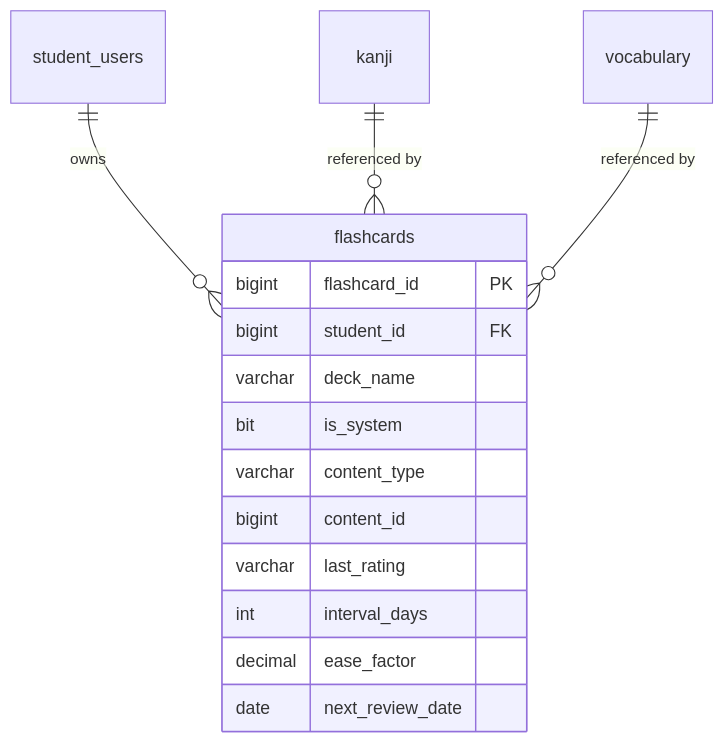
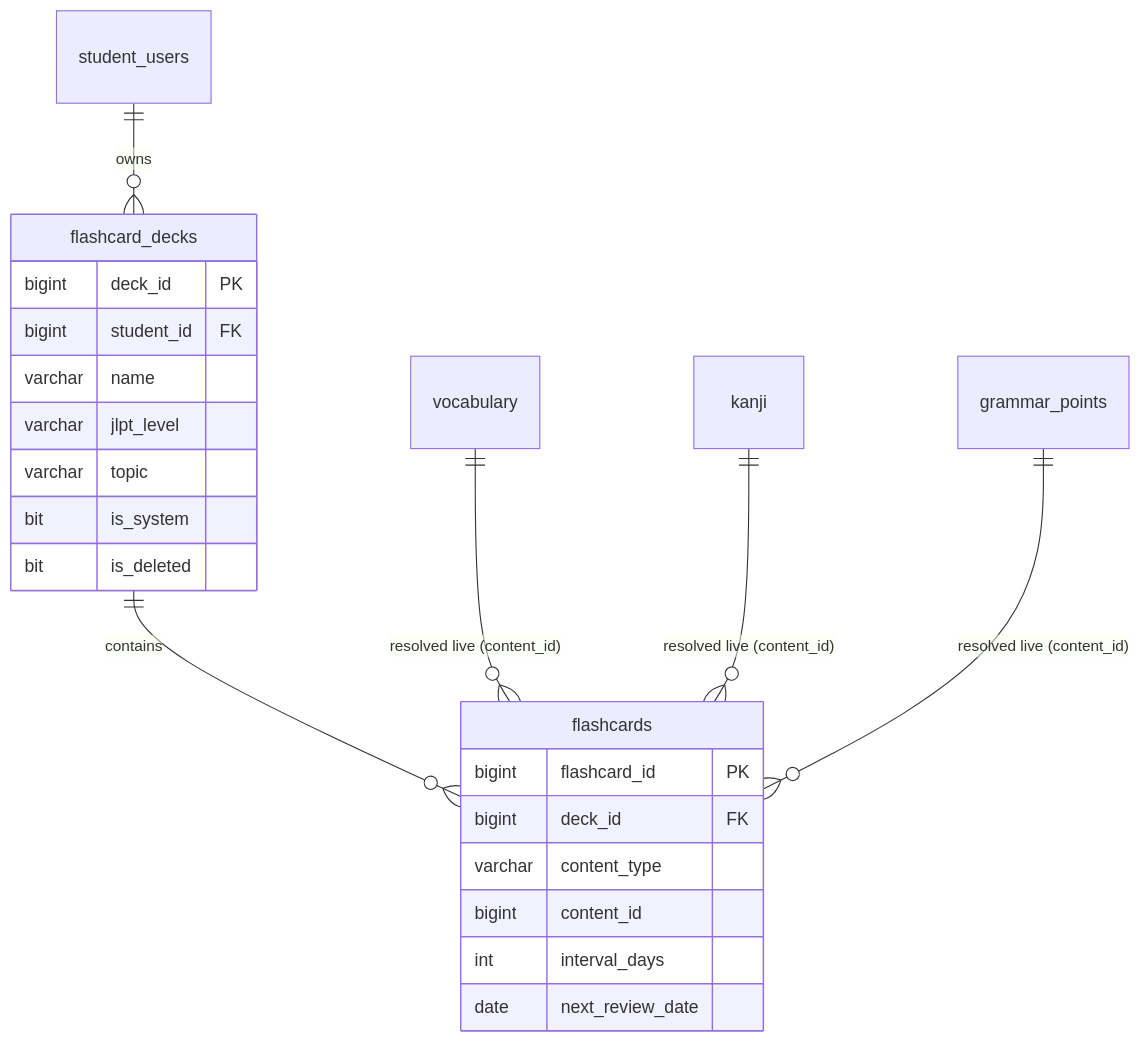
The diagram in .sdd/specs/backend/feat-flashcard-srs/SPEC.md (hung02042005/Japanese-Skill-Practice-Platform), drawn with Mermaid before and after one commit. The commit also changed other lines of this file and 94 other files, not shown here.

````diff
--- a/.sdd/specs/backend/feat-flashcard-srs/SPEC.md
+++ b/.sdd/specs/backend/feat-flashcard-srs/SPEC.md
@@ -129,18 +212,25 @@
 ```mermaid
 erDiagram
-    student_users ||--o{ flashcards : "owns"
-    kanji ||--o{ flashcards : "referenced by"
-    vocabulary ||--o{ flashcards : "referenced by"
+    student_users     ||--o{ flashcard_decks : "owns"
+    flashcard_decks   ||--o{ flashcards       : "contains"
+    vocabulary        ||--o{ flashcards       : "resolved live (content_id)"
+    kanji             ||--o{ flashcards       : "resolved live (content_id)"
+    grammar_points    ||--o{ flashcards       : "resolved live (content_id)"
+    flashcard_decks {
+        bigint deck_id PK
+        bigint student_id FK
+        varchar name
+        varchar jlpt_level
+        varchar topic
+        bit is_system
+        bit is_deleted
+    }
     flashcards {
         bigint flashcard_id PK
-        bigint student_id FK
-        varchar deck_name
-        bit is_system
+        bigint deck_id FK
         varchar content_type
         bigint content_id
-        varchar last_rating
         int interval_days
-        decimal ease_factor
         date next_review_date
     }
 ```
````
